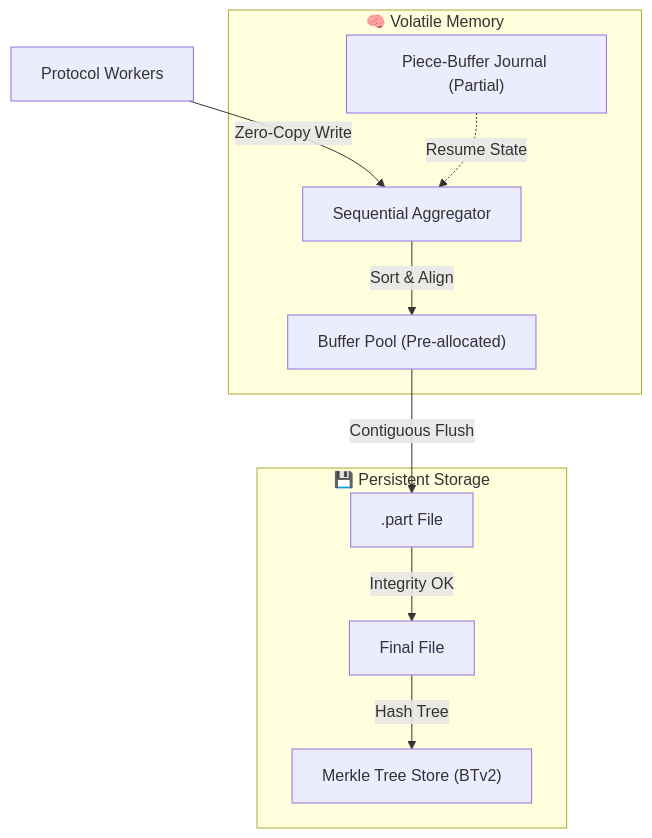
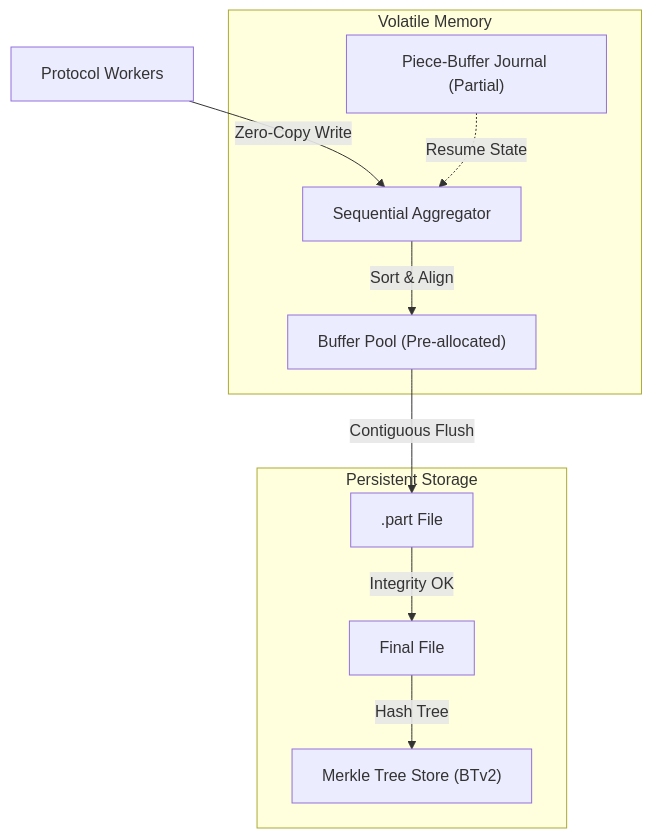
One commit to ronmkr/aura changed the fifth of 6 diagrams in aura-docs/project/ARCHITECTURE.md. Above: the diagram before and after it, drawn with Mermaid. The commit also changed other lines of this file and 4 other files, not shown here.

Commit message:
docs: validate and comprehensively update developer and roadmap documentation

````diff
--- a/aura-docs/project/ARCHITECTURE.md
+++ b/aura-docs/project/ARCHITECTURE.md
@@ -180,21 +180,21 @@
 ```mermaid
 graph TD
-    subgraph RAM ["🧠 Volatile Memory"]
+    subgraph RAM ["Volatile Memory"]
         BP["Buffer Pool (Pre-allocated)"]
         Agg["Sequential Aggregator"]
         Journal["Piece-Buffer Journal (Partial)"]
     end
 
-    subgraph Disk ["💾 Persistent Storage"]
+    subgraph Disk ["Persistent Storage"]
         Part[".part File"]
         Final["Final File"]
         Merkle["Merkle Tree Store (BTv2)"]
     end
 
     Workers["Protocol Workers"] -- "Zero-Copy Write" --> Agg
     Agg -- "Sort & Align" --> BP
     BP -- "Contiguous Flush" --> Part
     Journal -. "Resume State" .-> Agg
     Part -- "Integrity OK" --> Final
     Final -- "Hash Tree" --> Merkle
 ```
````
